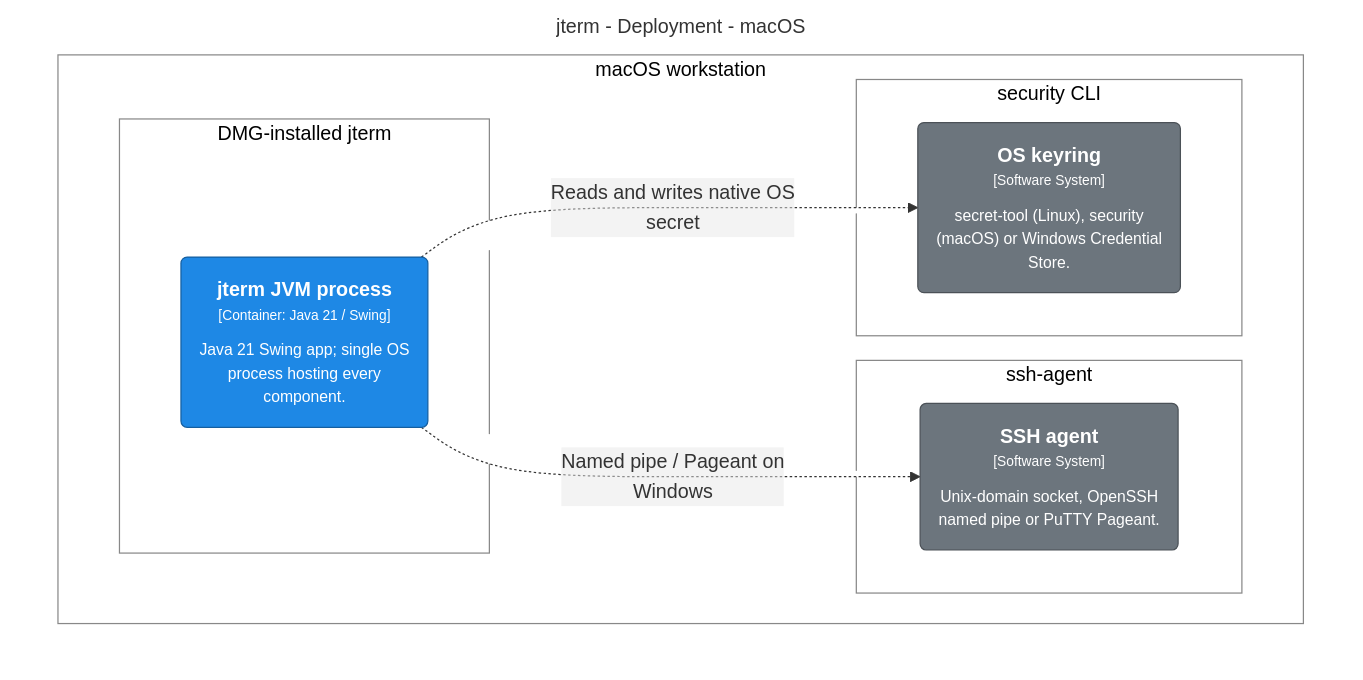
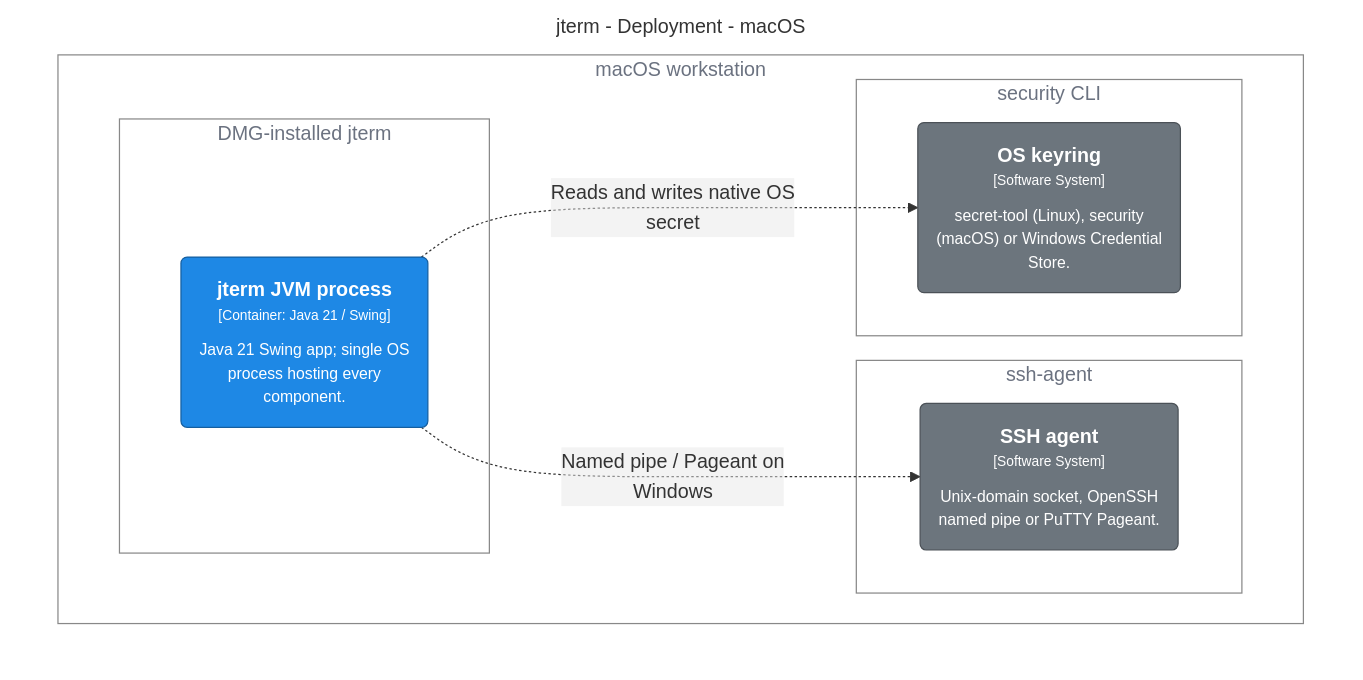
One commit to drecaise/jterm changed the diagram in docs/architecture/model/generated/deployment-macos.mmd. Above: the diagram before and after it, drawn with Mermaid. The commit also changed 14 other files, not shown here.

Commit message:
Added a post processing step  for generating the mermaid diagrams to make them look better.

```diff
--- a/docs/architecture/model/generated/deployment-macos.mmd
+++ b/docs/architecture/model/generated/deployment-macos.mmd
@@ -1,35 +1,35 @@
+%%{init: {'theme':'base','themeVariables':{'edgeLabelBackground':'transparent','lineColor':'#8b95a1','fontFamily':'-apple-system,BlinkMacSystemFont,"Segoe UI",Roboto,Helvetica,Arial,sans-serif','fontSize':'14px'},'flowchart':{'curve':'basis','useMaxWidth':true}}}%%
 graph TB
-  linkStyle default fill:#ffffff
 
   subgraph diagram ["jterm - Deployment - macOS"]
-    style diagram fill:#ffffff,stroke:#ffffff
+    style diagram fill:transparent,stroke:transparent
 
     subgraph 119 [macOS workstation]
-      style 119 fill:#ffffff,stroke:#888888,color:#000000
+      style 119 fill:transparent,stroke:#888888,color:#6b7280
 
       subgraph 120 [DMG-installed jterm]
-        style 120 fill:#ffffff,stroke:#888888,color:#000000
+        style 120 fill:transparent,stroke:#888888,color:#6b7280
 
         121("<div style='font-weight: bold'>jterm JVM process</div><div style='font-size: 70%; margin-top: 0px'>[Container: Java 21 / Swing]</div><div style='font-size: 80%; margin-top:10px'>Java 21 Swing app; single OS<br />process hosting every<br />component.</div>")
         style 121 fill:#1e88e5,stroke:#155fa0,color:#ffffff
       end
 
       subgraph 122 [security CLI]
-        style 122 fill:#ffffff,stroke:#888888,color:#000000
+        style 122 fill:transparent,stroke:#888888,color:#6b7280
 
         123("<div style='font-weight: bold'>OS keyring</div><div style='font-size: 70%; margin-top: 0px'>[Software System]</div><div style='font-size: 80%; margin-top:10px'>secret-tool (Linux), security<br />(macOS) or Windows Credential<br />Store.</div>")
         style 123 fill:#6c757d,stroke:#4b5157,color:#ffffff
       end
 
       subgraph 125 [ssh-agent]
-        style 125 fill:#ffffff,stroke:#888888,color:#000000
+        style 125 fill:transparent,stroke:#888888,color:#6b7280
 
         126("<div style='font-weight: bold'>SSH agent</div><div style='font-size: 70%; margin-top: 0px'>[Software System]</div><div style='font-size: 80%; margin-top:10px'>Unix-domain socket, OpenSSH<br />named pipe or PuTTY Pageant.</div>")
         style 126 fill:#6c757d,stroke:#4b5157,color:#ffffff
       end
 
     end
 
     121-. "<div>Reads and writes native OS<br />secret</div><div style='font-size: 70%'></div>" .->123
     121-. "<div>Named pipe / Pageant on<br />Windows</div><div style='font-size: 70%'></div>" .->126
   end
```
